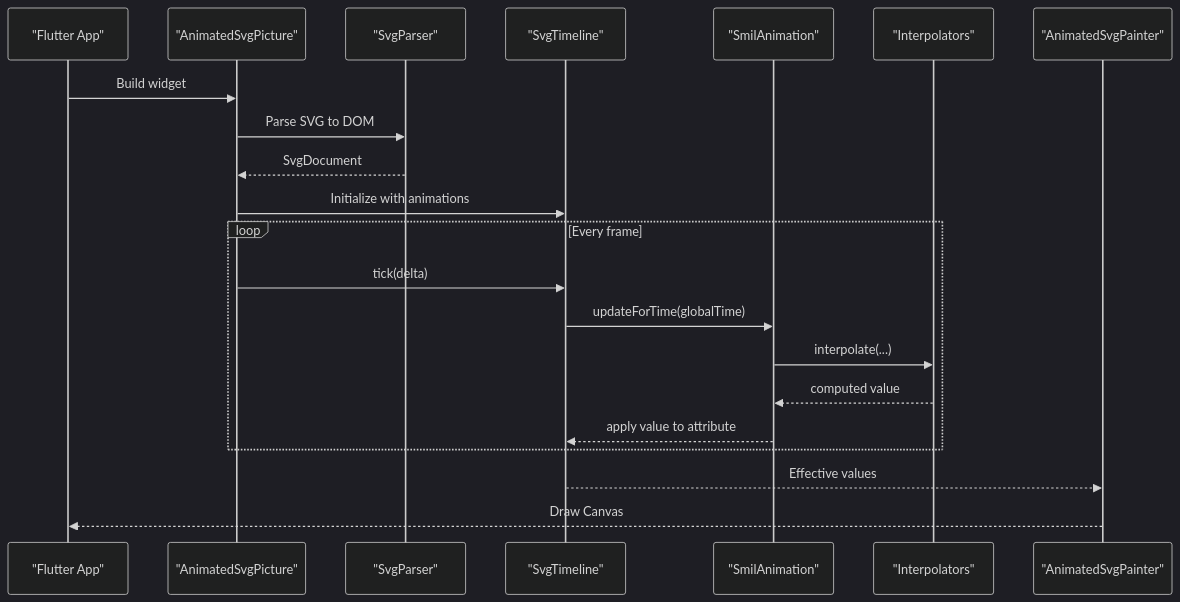
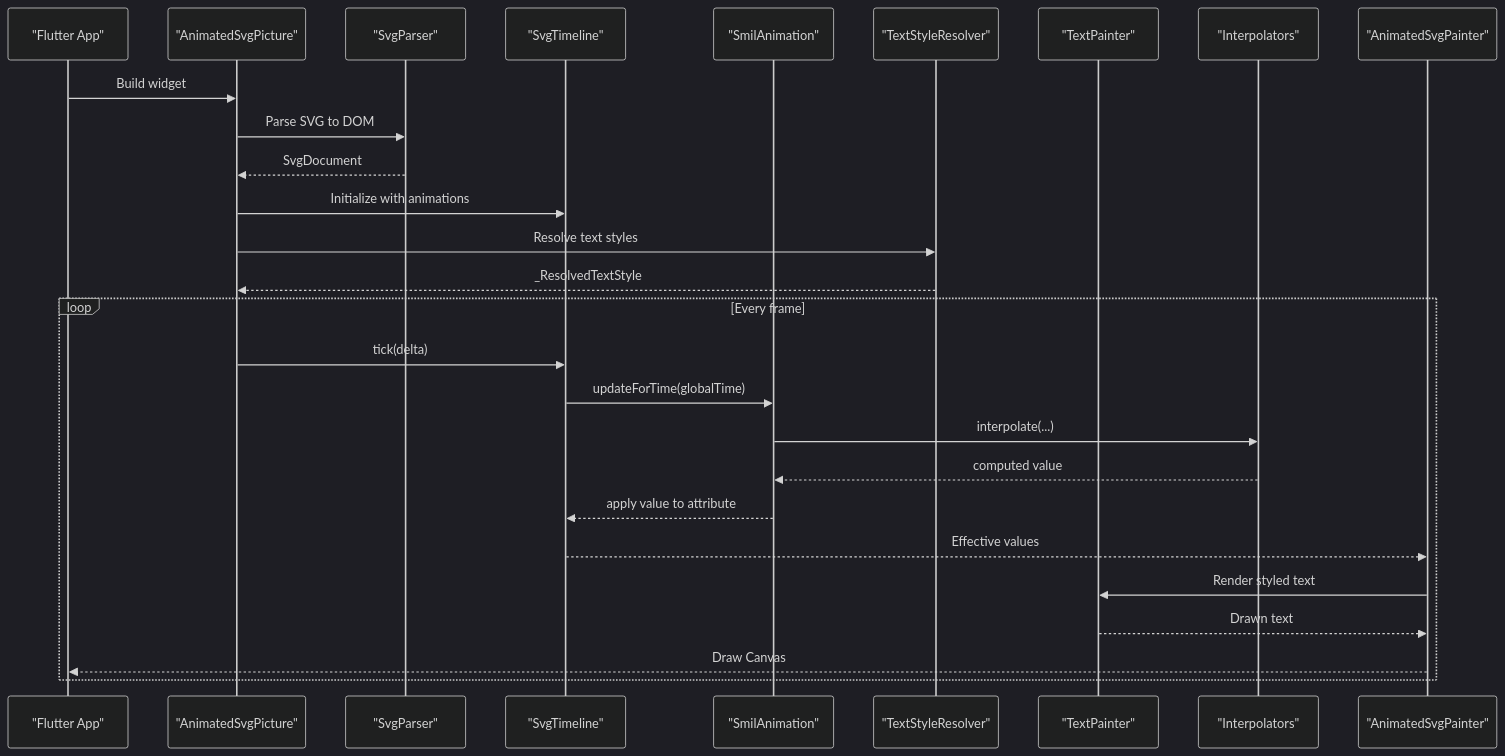
Before and after one commit to denisnadey/flutter_full_svg_support: the second of 10 diagrams in .qoder/repowiki/en/content/Animated SVG Support/Advanced Animation Features/Advanced Animation Features.md, drawn with Mermaid (dark theme). The commit also changed other lines of this file and 86 other files, not shown here.

````diff
--- a/.qoder/repowiki/en/content/Animated SVG Support/Advanced Animation Features/Advanced Animation Features.md
+++ b/.qoder/repowiki/en/content/Animated SVG Support/Advanced Animation Features/Advanced Animation Features.md
@@ -123,23 +179,29 @@
 ```mermaid
 sequenceDiagram
 participant App as "Flutter App"
 participant Picture as "AnimatedSvgPicture"
 participant Parser as "SvgParser"
 participant Timeline as "SvgTimeline"
 participant Anim as "SmilAnimation"
+participant TextStyle as "TextStyleResolver"
+participant TextPaint as "TextPainter"
 participant Interp as "Interpolators"
 participant Renderer as "AnimatedSvgPainter"
 App->>Picture : Build widget
 Picture->>Parser : Parse SVG to DOM
 Parser-->>Picture : SvgDocument
 Picture->>Timeline : Initialize with animations
+Picture->>TextStyle : Resolve text styles
+TextStyle-->>Picture : _ResolvedTextStyle
 loop Every frame
 Picture->>Timeline : tick(delta)
 Timeline->>Anim : updateForTime(globalTime)
 Anim->>Interp : interpolate(...)
 Interp-->>Anim : computed value
 Anim-->>Timeline : apply value to attribute
+Timeline-->>Renderer : Effective values
+Renderer->>TextPaint : Render styled text
+TextPaint-->>Renderer : Drawn text
+Renderer-->>App : Draw Canvas
 end
-Timeline-->>Renderer : Effective values
-Renderer-->>App : Draw Canvas
 ```
````
